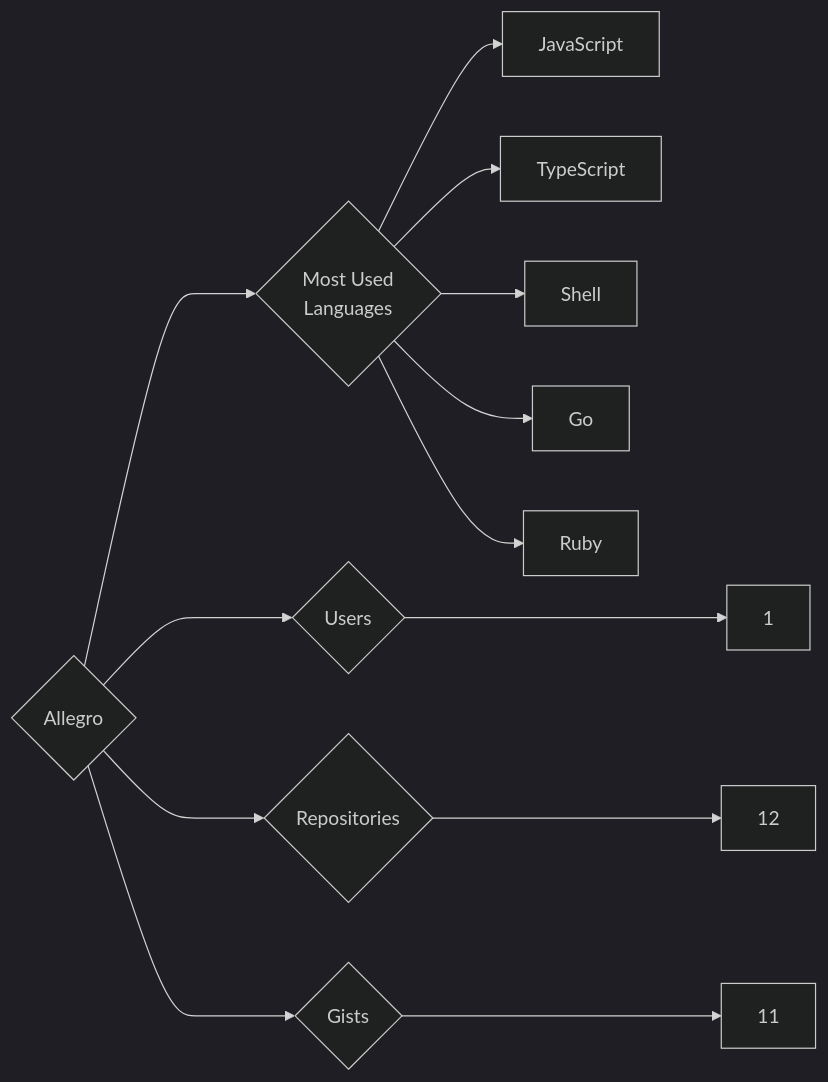
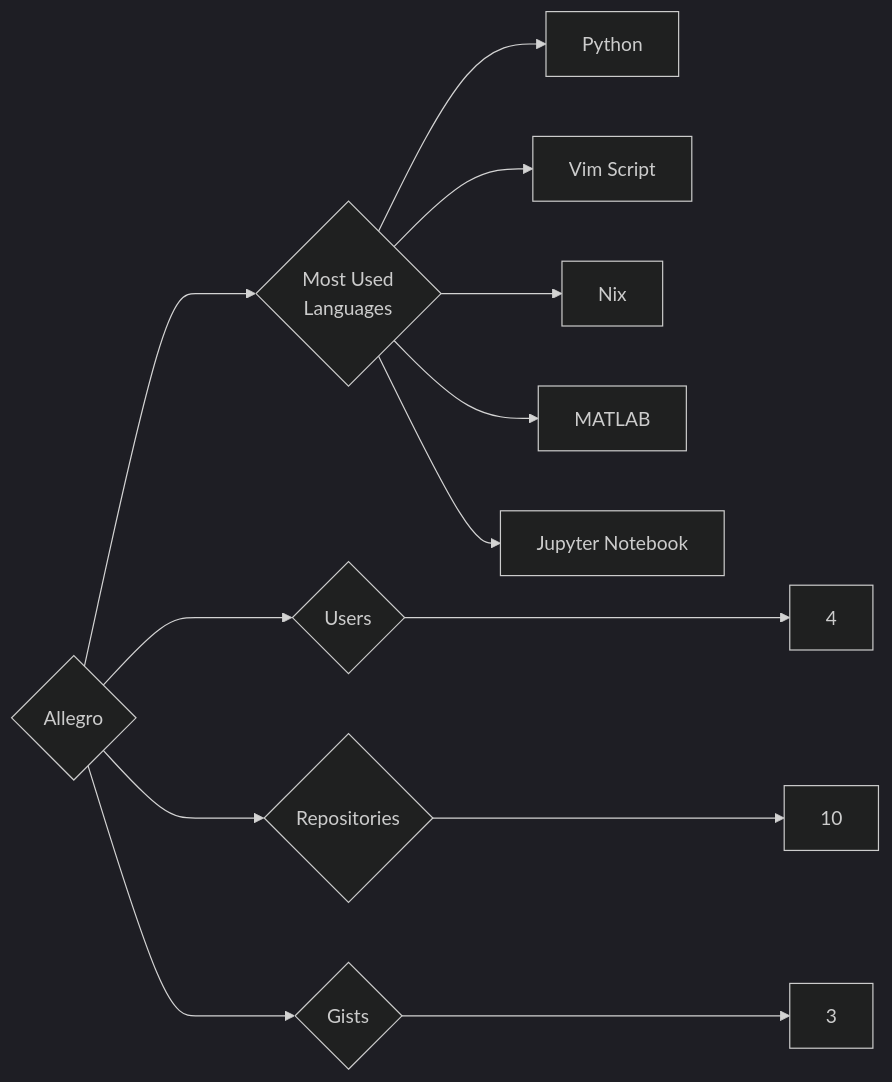
Before and after one commit to trickest/insiders: the diagram in targets/Allegro/README.md, drawn with Mermaid (dark theme). The commit also changed 1149 other files, not shown here.

````diff
--- a/targets/Allegro/README.md
+++ b/targets/Allegro/README.md
@@ -3,13 +3,13 @@
 ```mermaid
 graph LR
 COMPANY_NAME{Allegro}
-COMPANY_NAME ---> U{Users} ---> UN[1]
-COMPANY_NAME ---> R{Repositories} ---> RN[12]
-COMPANY_NAME ---> G{Gists} ---> GN[11]
+COMPANY_NAME ---> U{Users} ---> UN[4]
+COMPANY_NAME ---> R{Repositories} ---> RN[10]
+COMPANY_NAME ---> G{Gists} ---> GN[3]
 COMPANY_NAME ---> ML{Most Used<br>Languages}
-ML --> JavaScript[JavaScript]
-ML --> TypeScript[TypeScript]
-ML --> Shell[Shell]
-ML --> Go[Go]
-ML --> Ruby[Ruby]
+ML --> Python[Python]
+ML --> Vim_Script[Vim Script]
+ML --> Nix[Nix]
+ML --> MATLAB[MATLAB]
+ML --> Jupyter_Notebook[Jupyter Notebook]
 ```
````
